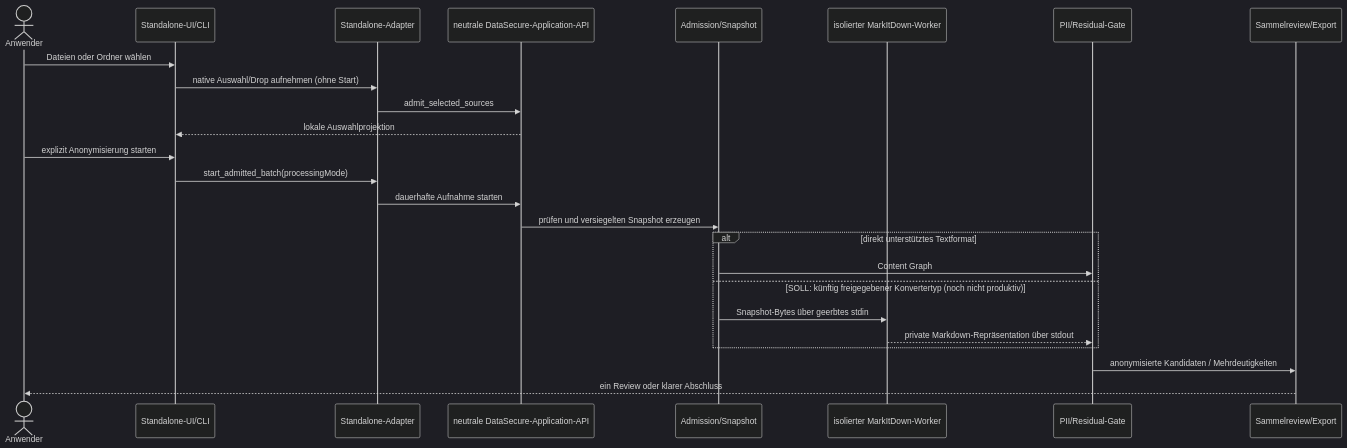
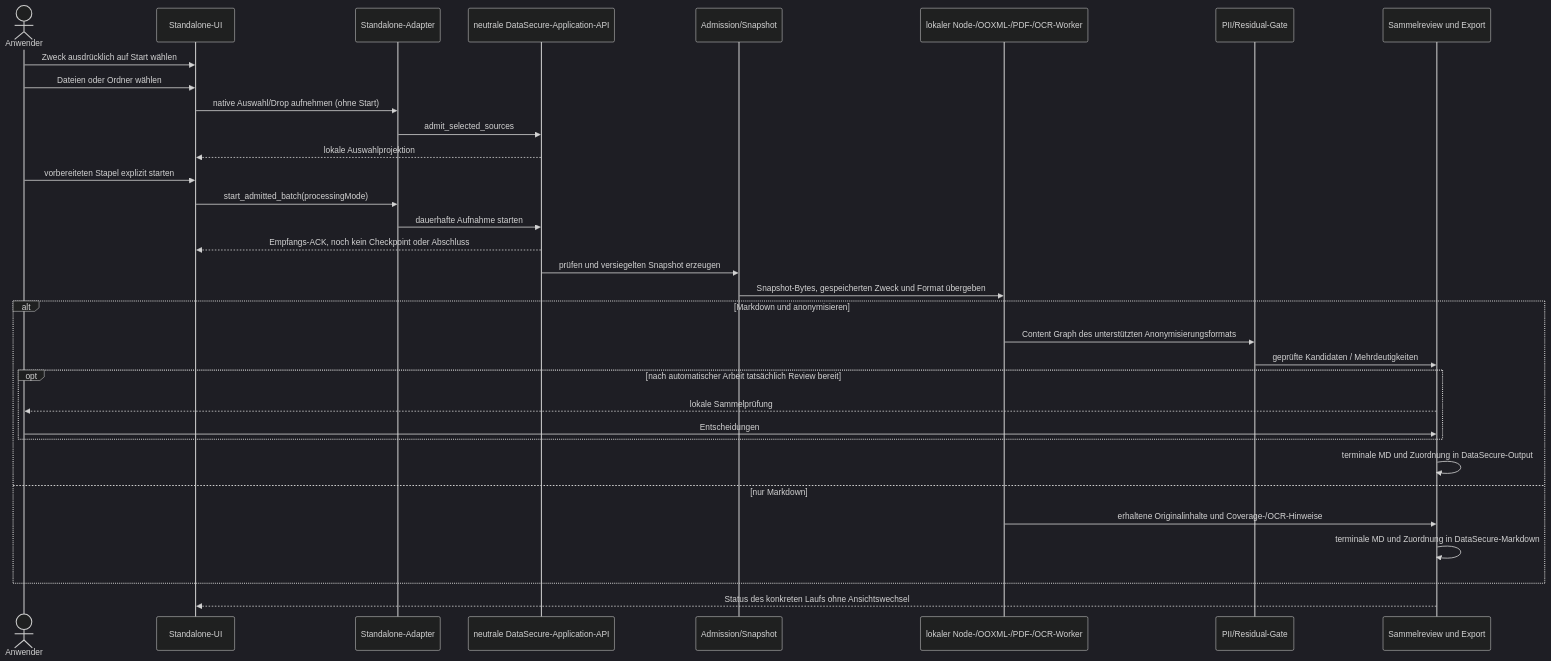
Diagram 13 of 15 in docs/canonical/UML_ARCHITECTURE.md (renepuhlmannarbeit/msg_gbh_DataSecure), drawn with Mermaid (dark theme) before and after one commit. The commit also changed other lines of this file and 185 other files, not shown here.

````diff
--- a/docs/canonical/UML_ARCHITECTURE.md
+++ b/docs/canonical/UML_ARCHITECTURE.md
@@ -495,27 +557,35 @@
 ```mermaid
 sequenceDiagram
   actor U as Anwender
-  participant S as Standalone-UI/CLI
+  participant S as Standalone-UI
   participant A as Standalone-Adapter
   participant E as neutrale DataSecure-Application-API
   participant I as Admission/Snapshot
-  participant M as isolierter MarkItDown-Worker
+  participant M as lokaler Node-/OOXML-/PDF-/OCR-Worker
   participant P as PII/Residual-Gate
-  participant V as Sammelreview/Export
+  participant V as Sammelreview und Export
+  U->>S: Zweck ausdrücklich auf Start wählen
   U->>S: Dateien oder Ordner wählen
   S->>A: native Auswahl/Drop aufnehmen (ohne Start)
   A->>E: admit_selected_sources
   E-->>S: lokale Auswahlprojektion
-  U->>S: explizit Anonymisierung starten
+  U->>S: vorbereiteten Stapel explizit starten
   S->>A: start_admitted_batch(processingMode)
   A->>E: dauerhafte Aufnahme starten
+  E-->>S: Empfangs-ACK, noch kein Checkpoint oder Abschluss
   E->>I: prüfen und versiegelten Snapshot erzeugen
-  alt direkt unterstütztes Textformat
-    I->>P: Content Graph
-  else SOLL: künftig freigegebener Konvertertyp (noch nicht produktiv)
-    I->>M: Snapshot-Bytes über geerbtes stdin
-    M-->>P: private Markdown-Repräsentation über stdout
+  I->>M: Snapshot-Bytes, gespeicherten Zweck und Format übergeben
+  alt Markdown und anonymisieren
+    M->>P: Content Graph des unterstützten Anonymisierungsformats
+    P->>V: geprüfte Kandidaten / Mehrdeutigkeiten
+    opt nach automatischer Arbeit tatsächlich Review bereit
+      V-->>U: lokale Sammelprüfung
+      U->>V: Entscheidungen
+    end
+    V->>V: terminale MD und Zuordnung in DataSecure-Output
+  else nur Markdown
+    M->>V: erhaltene Originalinhalte und Coverage-/OCR-Hinweise
+    V->>V: terminale MD und Zuordnung in DataSecure-Markdown
   end
-  P->>V: anonymisierte Kandidaten / Mehrdeutigkeiten
-  V-->>U: ein Review oder klarer Abschluss
+  V-->>S: Status des konkreten Laufs ohne Ansichtswechsel
 ```
````
